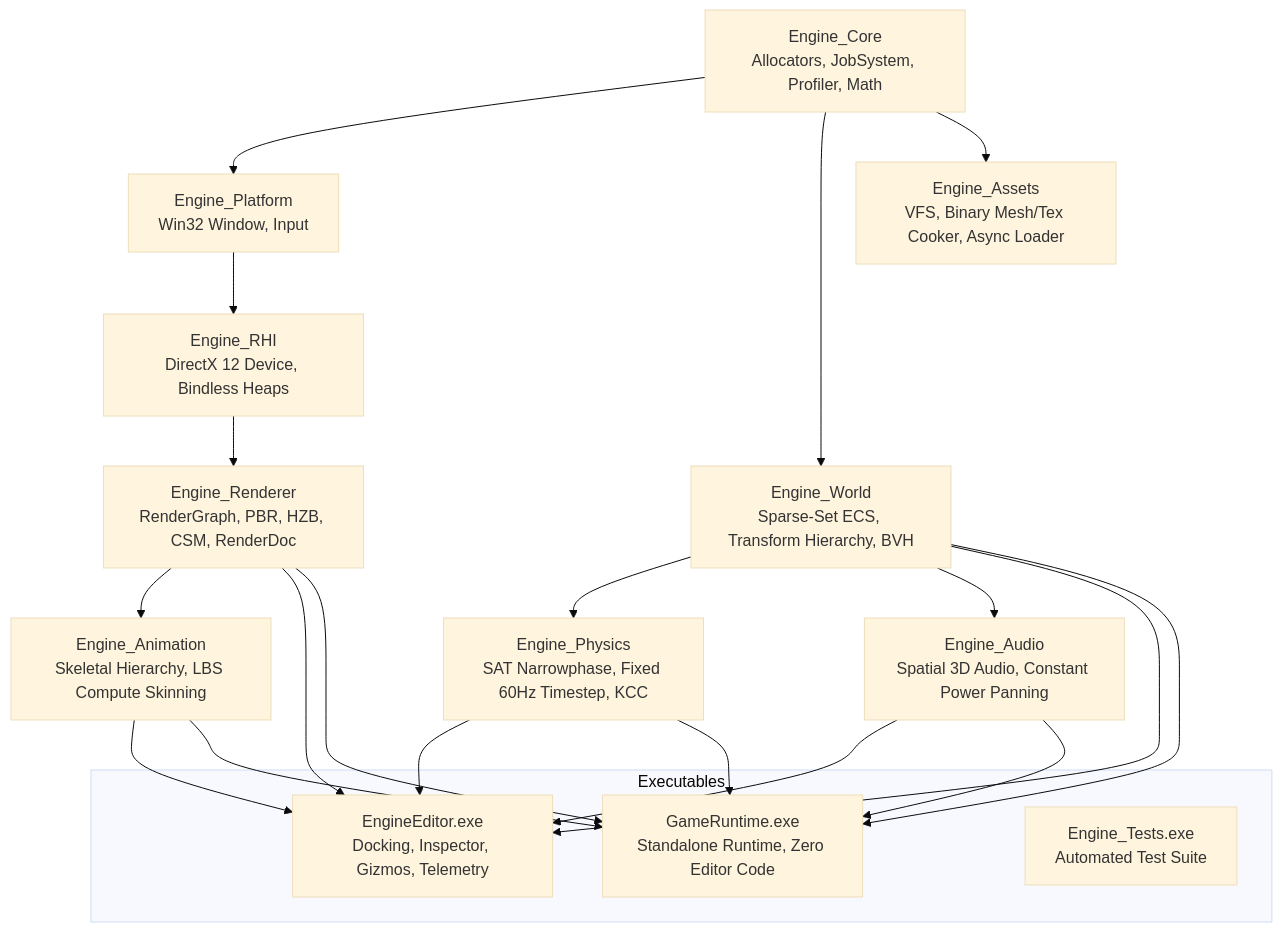
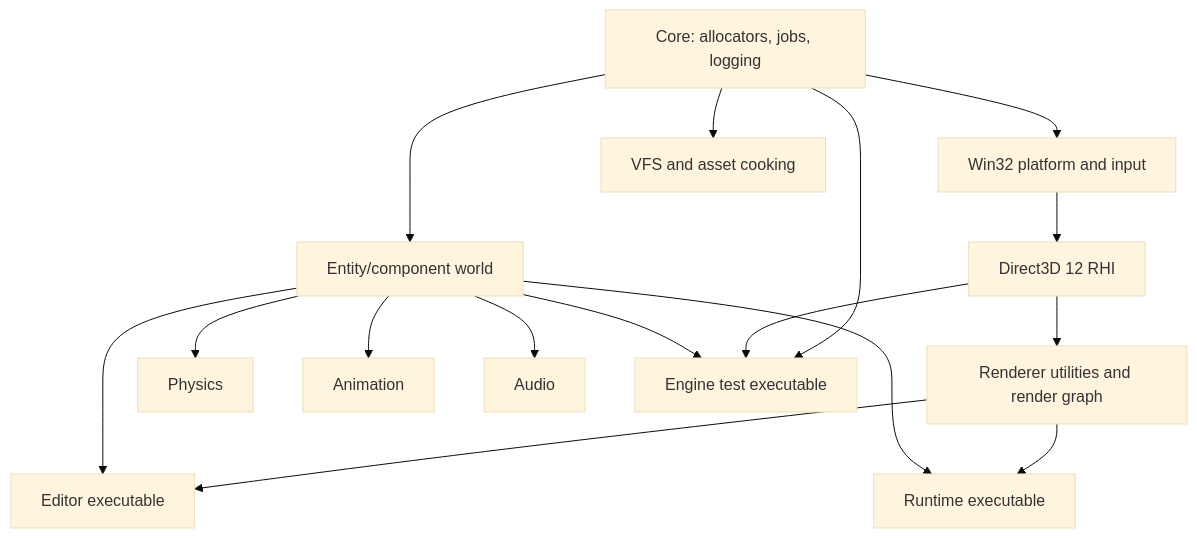
One commit to Mr444-dev/ArcglassEngine changed the diagram in README.md. Above: the diagram before and after it, drawn with Mermaid (base theme). The commit also changed other lines of this file and 54 other files, not shown here.

````diff
--- a/README.md
+++ b/README.md
@@ -16,29 +56,18 @@
-```mermaid
+~~~mermaid
 graph TD
-    Core[Engine_Core<br/>Allocators, JobSystem, Profiler, Math] --> Platform[Engine_Platform<br/>Win32 Window, Input]
-    Platform --> RHI[Engine_RHI<br/>DirectX 12 Device, Bindless Heaps]
-    RHI --> Renderer[Engine_Renderer<br/>RenderGraph, PBR, HZB, CSM, RenderDoc]
-    Core --> World[Engine_World<br/>Sparse-Set ECS, Transform Hierarchy, BVH]
-    Core --> Assets[Engine_Assets<br/>VFS, Binary Mesh/Tex Cooker, Async Loader]
-    World --> Physics[Engine_Physics<br/>SAT Narrowphase, Fixed 60Hz Timestep, KCC]
-    Renderer --> Animation[Engine_Animation<br/>Skeletal Hierarchy, LBS Compute Skinning]
-    World --> Audio[Engine_Audio<br/>Spatial 3D Audio, Constant Power Panning]
-    
-    subgraph Executables
-        Editor[EngineEditor.exe<br/>Docking, Inspector, Gizmos, Telemetry]
-        Runtime[GameRuntime.exe<br/>Standalone Runtime, Zero Editor Code]
-        Tests[Engine_Tests.exe<br/>Automated Test Suite]
-    end
-
-    Renderer --> Editor
+    Core[Core: allocators, jobs, logging] --> Platform[Win32 platform and input]
+    Platform --> RHI[Direct3D 12 RHI]
+    RHI --> Renderer[Renderer utilities and render graph]
+    Core --> World[Entity/component world]
+    Core --> Assets[VFS and asset cooking]
+    World --> Physics[Physics]
+    World --> Animation[Animation]
+    World --> Audio[Audio]
+    Renderer --> Editor[Editor executable]
     World --> Editor
-    Physics --> Editor
-    Animation --> Editor
-    Audio --> Editor
-
-    Renderer --> Runtime
+    Renderer --> Runtime[Runtime executable]
     World --> Runtime
-    Physics --> Runtime
-    Animation --> Runtime
-    Audio --> Runtime
-```
+    Core --> Tests[Engine test executable]
+    RHI --> Tests
+    World --> Tests
+~~~
````
